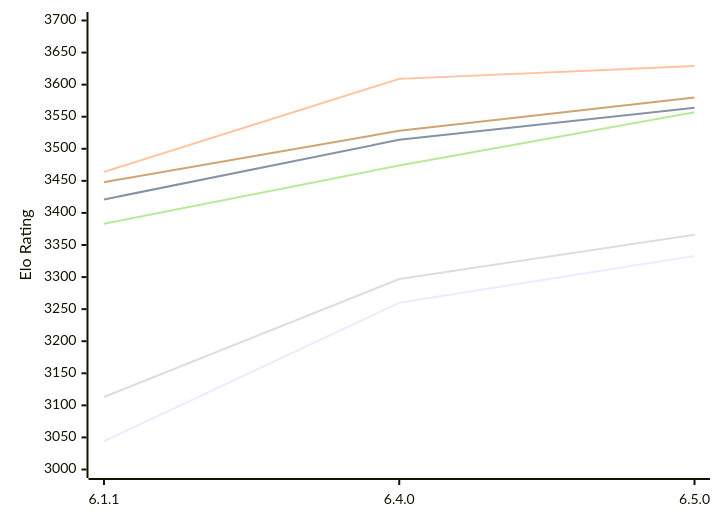
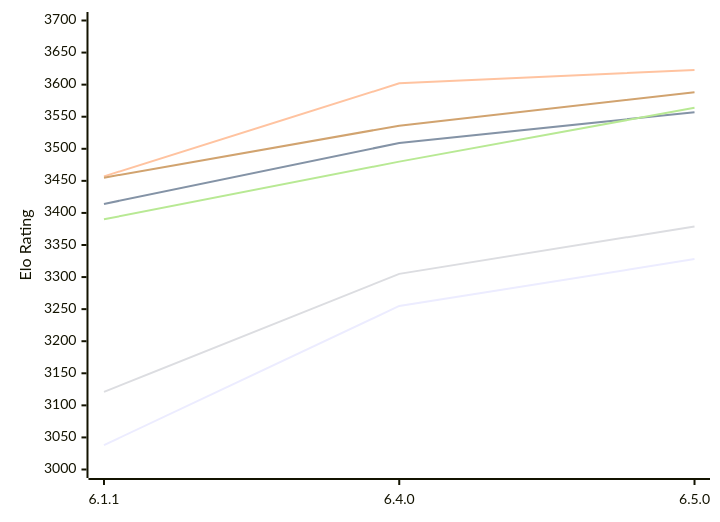
Before and after one commit to computer-chess-index/cci: the first of 2 diagrams in engines/Zigqueen.md, drawn with Mermaid. The commit also changed other lines of this file, not shown here.

Commit message:
Update CCI Ratings (ELO VLTC) - 2026-11-18

````diff
--- a/engines/Zigqueen.md
+++ b/engines/Zigqueen.md
@@ -55,12 +55,12 @@
 ```mermaid
 %%{init: {"theme":"base","themeVariables":{"seriesColors:['#a3a3a3','#222221','#faa371']}}}%%
 xychart-beta
   x-axis ["6.1.1", "6.4.0", "6.5.0"]
   y-axis "Elo Rating" 3000 --> 3700
-  line "E1: STC (8.0+0.08s)" [3044, 3260, 3333]
-  line "E1: LTC (60.0+0.60s)" [3421, 3514, 3564]
-  line "E1: VLTC (2m24s+1.12s)" [3464, 3609, 3629]
-  line "P1: STC (8.0+0.08s)" [3113, 3297, 3366]
-  line "P1: LTC (60.0+0.60s)" [3383, 3474, 3557]
-  line "P1: VLTC (2m24s+1.12s)" [3448, 3528, 3580]
+  line "E1: STC (8.0+0.08s)" [3038, 3255, 3328]
+  line "E1: LTC (60.0+0.60s)" [3414, 3509, 3557]
+  line "E1: VLTC (2m24s+1.12s)" [3457, 3602, 3623]
+  line "P1: STC (8.0+0.08s)" [3121, 3305, 3379]
+  line "P1: LTC (60.0+0.60s)" [3390, 3480, 3564]
+  line "P1: VLTC (2m24s+1.12s)" [3455, 3536, 3588]
 ```
````
